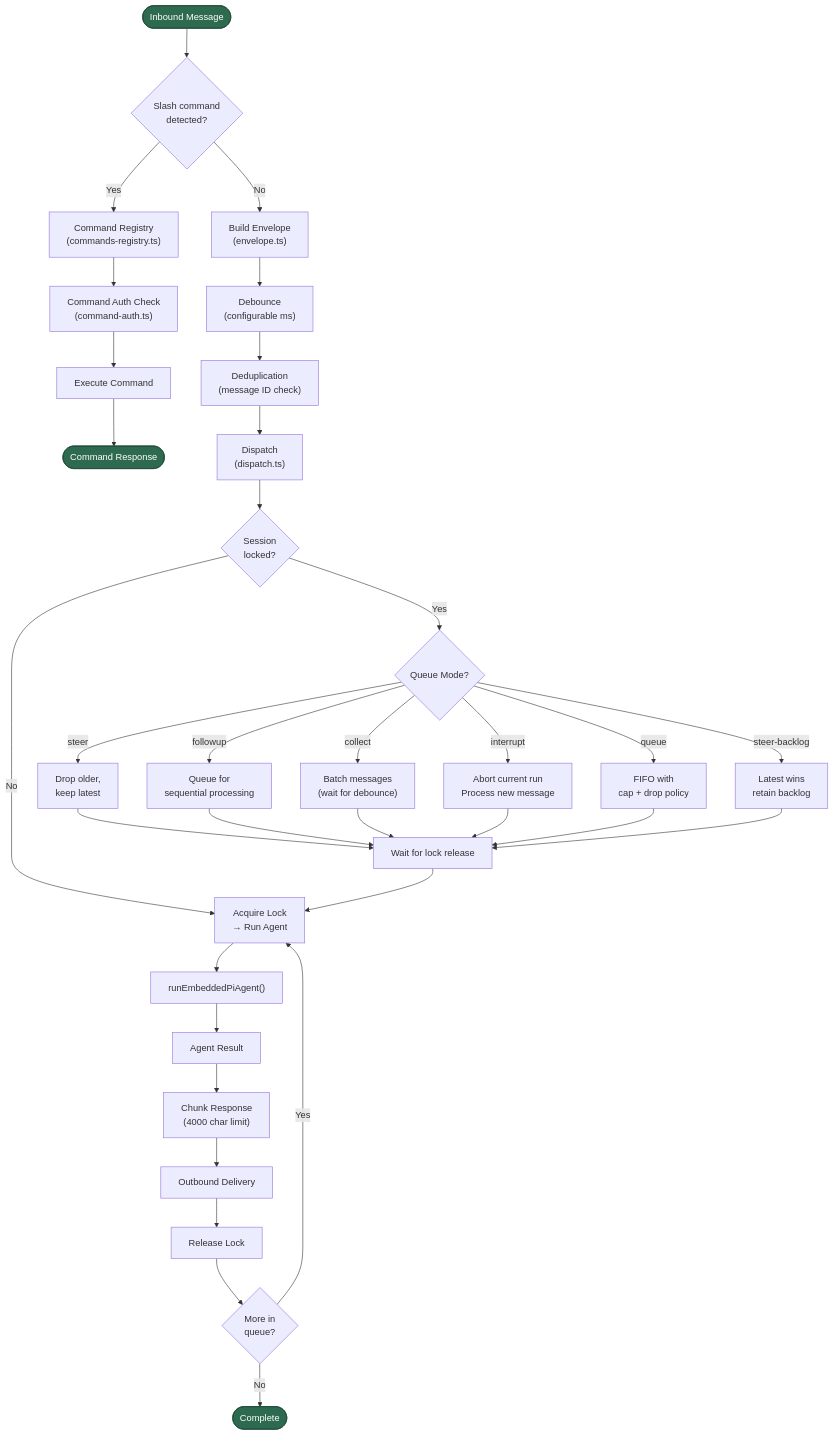
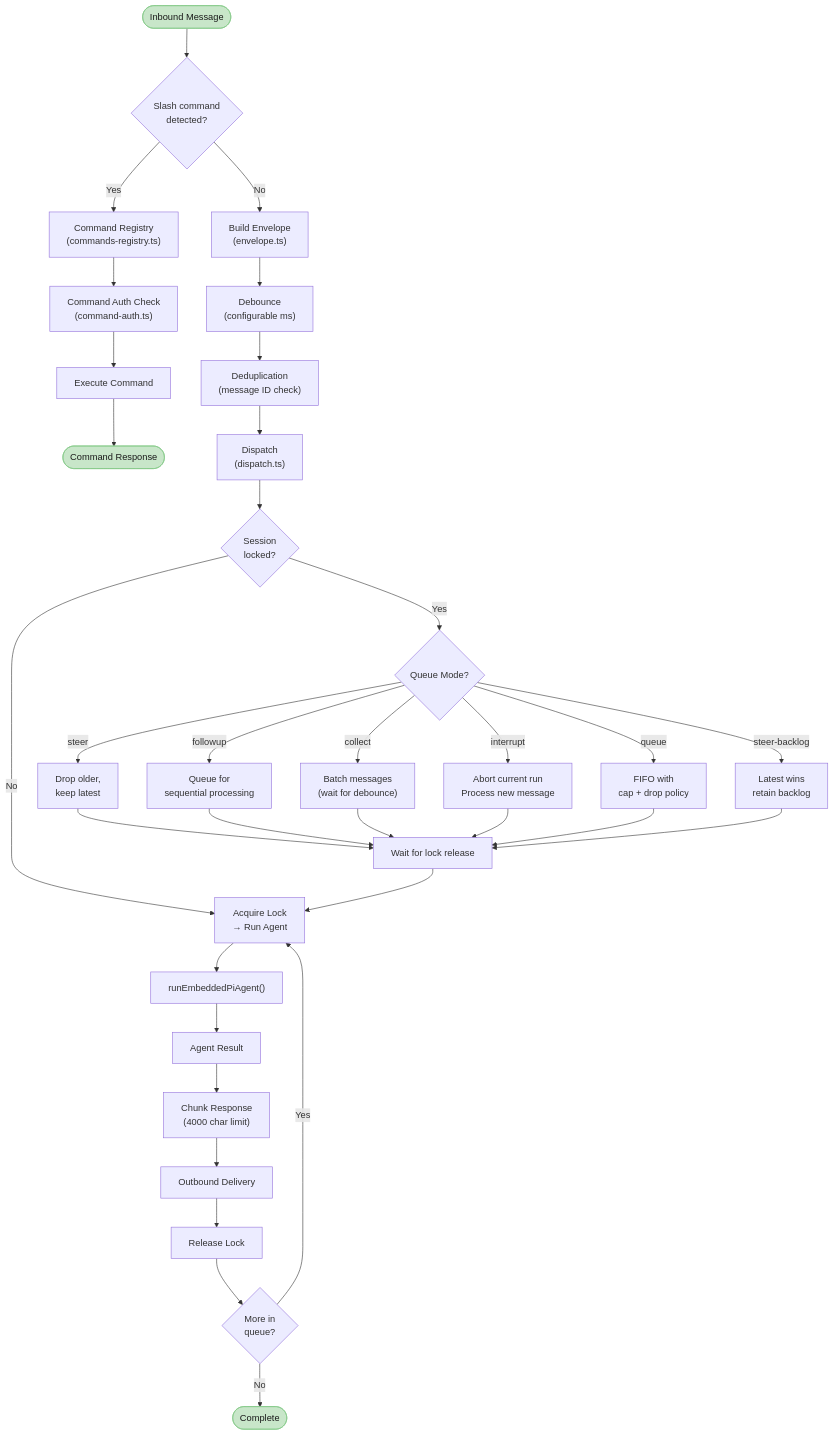
Before and after one commit to lordaouy/openclaw: the tenth of 44 diagrams in docs/reference/technical-architecture-report.md, drawn with Mermaid. The commit also changed other lines of this file, not shown here.

First line of the commit message:
docs: replace dark Mermaid diagram colors with light readable palette

````diff
--- a/docs/reference/technical-architecture-report.md
+++ b/docs/reference/technical-architecture-report.md
@@ -677,41 +677,41 @@
 ```mermaid
 flowchart TD
     InboundMsg([Inbound Message]) --> CommandDetect{"Slash command\ndetected?"}
     
     CommandDetect -->|Yes| CmdRegistry["Command Registry\n(commands-registry.ts)"]
     CmdRegistry --> CmdAuth["Command Auth Check\n(command-auth.ts)"]
     CmdAuth --> CmdExec["Execute Command"]
     CmdExec --> CmdResponse([Command Response])
     
     CommandDetect -->|No| Envelope["Build Envelope\n(envelope.ts)"]
     Envelope --> Debounce["Debounce\n(configurable ms)"]
     Debounce --> Dedup["Deduplication\n(message ID check)"]
     Dedup --> Dispatch["Dispatch\n(dispatch.ts)"]
     
     Dispatch --> QueueCheck{"Session\nlocked?"}
     QueueCheck -->|No| AcquireLock["Acquire Lock\n→ Run Agent"]
     QueueCheck -->|Yes| QueueMode{"Queue Mode?"}
     
     QueueMode -->|steer| SteerQ["Drop older,\nkeep latest"]
     QueueMode -->|followup| FollowQ["Queue for\nsequential processing"]
     QueueMode -->|collect| CollectQ["Batch messages\n(wait for debounce)"]
     QueueMode -->|interrupt| InterruptQ["Abort current run\nProcess new message"]
     QueueMode -->|queue| FIFOQueue["FIFO with\ncap + drop policy"]
     QueueMode -->|steer-backlog| BacklogQ["Latest wins\nretain backlog"]
     
     SteerQ & FollowQ & CollectQ & InterruptQ & FIFOQueue & BacklogQ --> WaitForLock["Wait for lock release"]
     WaitForLock --> AcquireLock
     
     AcquireLock --> RunAgent["runEmbeddedPiAgent()"]
     RunAgent --> AgentResult["Agent Result"]
     AgentResult --> Chunk["Chunk Response\n(4000 char limit)"]
     Chunk --> Outbound["Outbound Delivery"]
     Outbound --> ReleaseLock["Release Lock"]
     ReleaseLock --> DrainQueue{"More in\nqueue?"}
     DrainQueue -->|Yes| AcquireLock
     DrainQueue -->|No| Done([Complete])
 
-    style InboundMsg fill:#2d6a4f,stroke:#1b4332,color:white
-    style Done fill:#2d6a4f,stroke:#1b4332,color:white
-    style CmdResponse fill:#2d6a4f,stroke:#1b4332,color:white
+    style InboundMsg fill:#c8e6c9,stroke:#81c784,color:#1a1a1a
+    style Done fill:#c8e6c9,stroke:#81c784,color:#1a1a1a
+    style CmdResponse fill:#c8e6c9,stroke:#81c784,color:#1a1a1a
 ```
````
